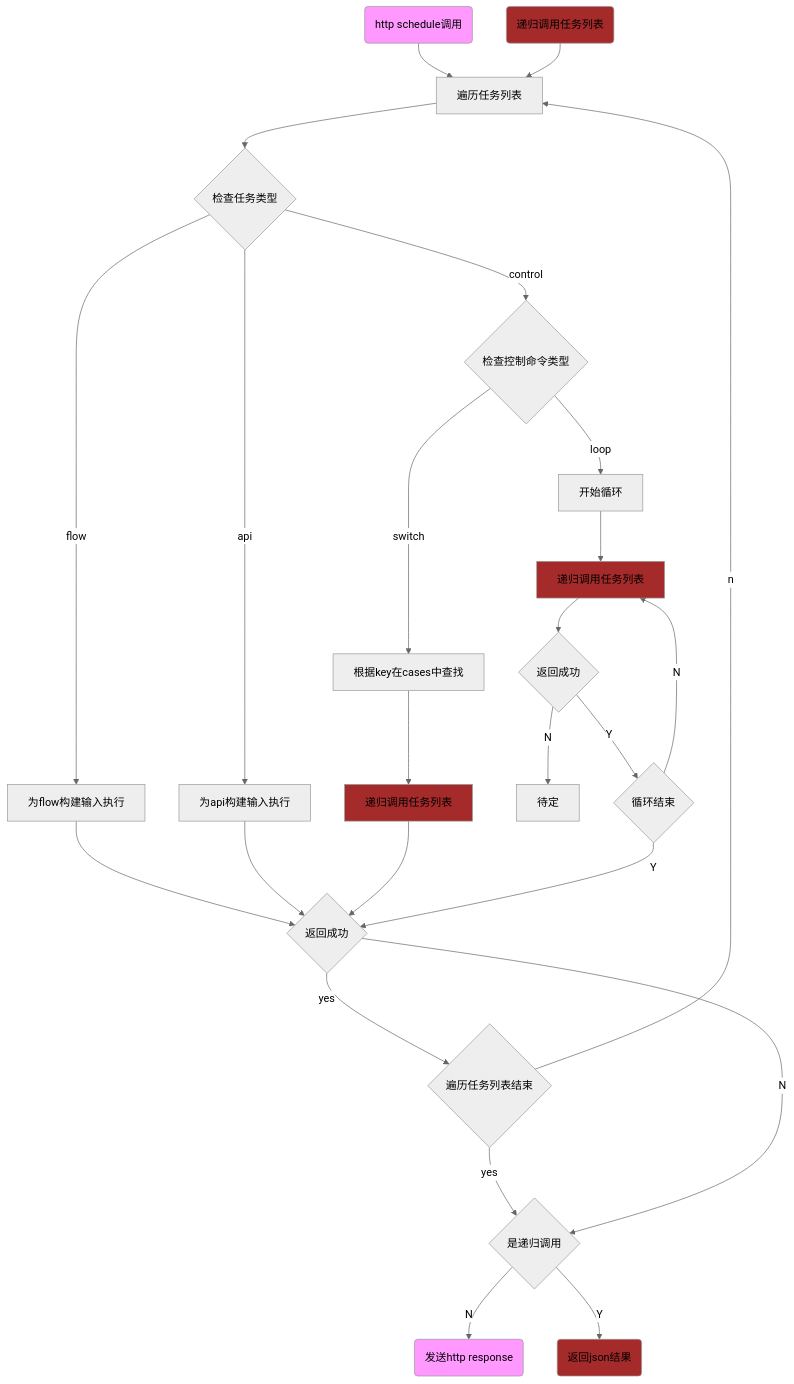
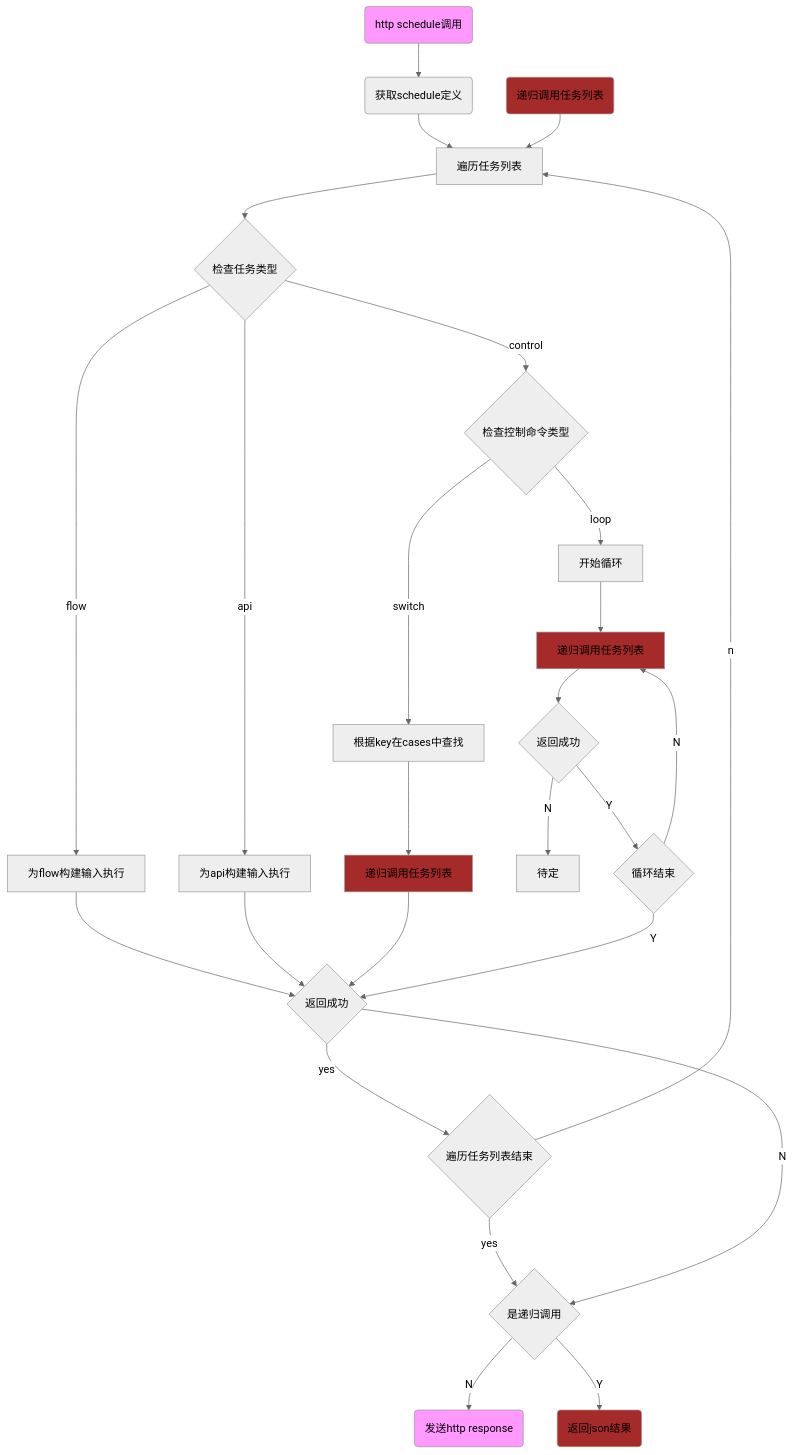
Before and after one commit to jasony62/tms-go-apihub: the third of 3 diagrams in README.md, drawn with Mermaid (neutral theme). The commit also changed other lines of this file and 20 other files, not shown here.

````diff
--- a/README.md
+++ b/README.md
@@ -138,46 +139,47 @@
 ```mermaid
 graph TB
    client(http schedule调用)
+   定义(获取schedule定义)
    递归(递归调用任务列表)
    style client fill:#f9f
    style 递归 fill:#A52A2A
    执行1[遍历任务列表]
    执行2[为flow构建输入执行]
    执行3[为api构建输入执行]
    执行4[根据key在cases中查找]
    执行5[递归调用任务列表]
    style 执行5 fill:#A52A2A
    执行6[待定]
    
    执行7[开始循环]
    执行7a[递归调用任务列表]
    style 执行7a fill:#A52A2A
    判断7b{返回成功}
    判断7c{循环结束}
    执行9(发送http response)   
    style 执行9 fill:#f9f
    返回递归(返回json结果)  
    style 返回递归 fill:#A52A2A
    
    判断2{检查任务类型}
    判断3{检查控制命令类型} 
    判断6{返回成功}
    循环接收{遍历任务列表结束}
    判断递归{是递归调用}   
    
-   client-->执行1-->判断2
+   client-->定义-->执行1-->判断2
    递归-->执行1
    判断2--control-->判断3
    判断2--flow-->执行2-->判断6
    判断2--api-->执行3-->判断6
    判断3--switch-->执行4
    判断3--loop-->执行7
    执行4-->执行5-->判断6
    判断6--yes-->循环接收--yes-->判断递归--N-->执行9
    循环接收--no-->执行1  
    执行7-->执行7a-->判断7b--Y-->判断7c--Y-->判断6
    判断7b--N-->执行6
    判断7c--N-->执行7a
    判断6--N-->判断递归
    判断递归--Y-->返回递归
 ```
````
